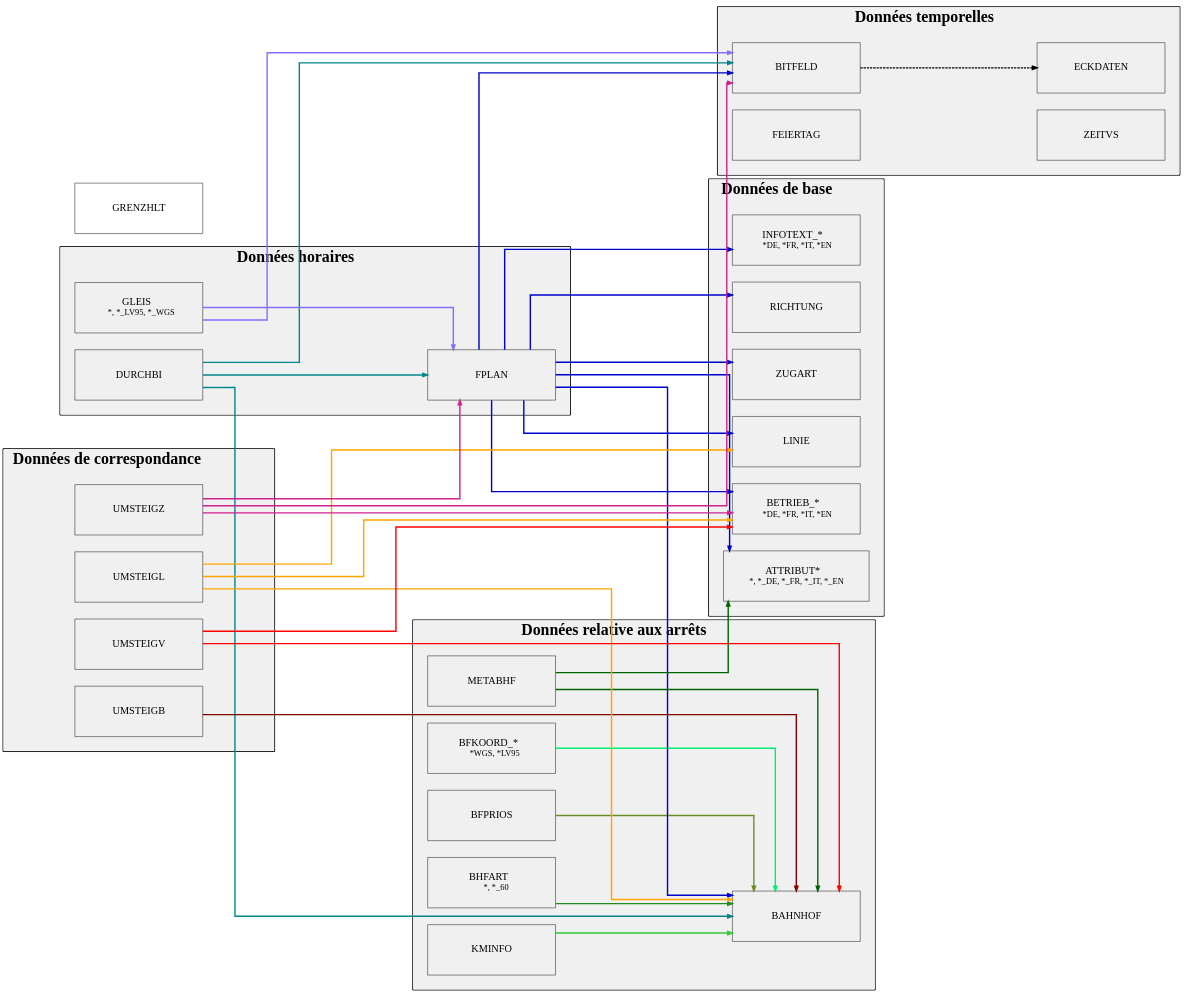
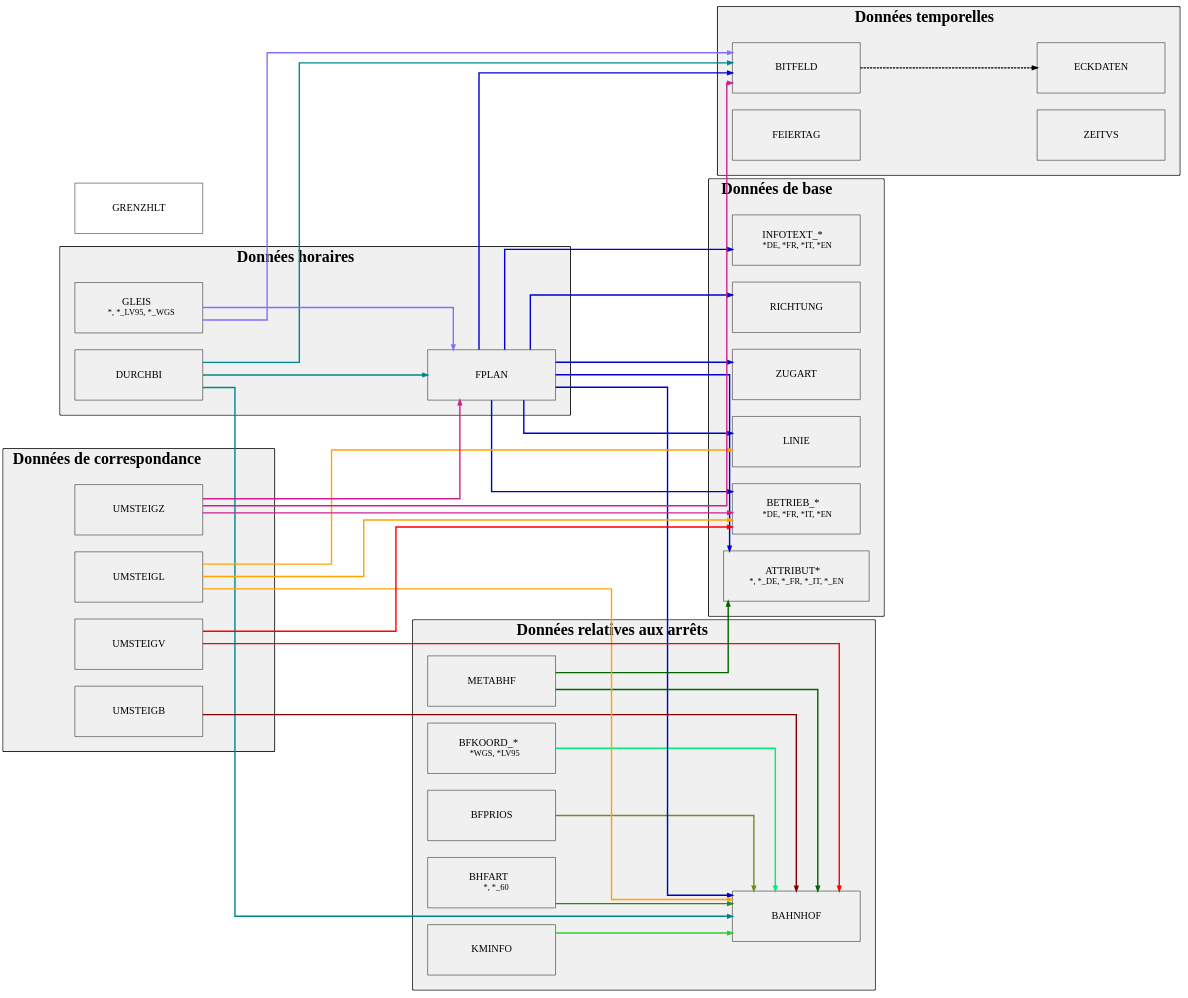
The diagram in HRDF.gv (florianburgener/hrdf-parser), drawn with Graphviz before and after one commit.

```diff
--- a/HRDF.gv
+++ b/HRDF.gv
@@ -140,7 +140,7 @@
         subgraph cluster_4 {
             color=gray94
             fontsize=34
-            label=< <B>Données relative aux arrêts</B> >
+            label=< <B>Données relatives aux arrêts</B> >
             margin=30
             style=filled
 
```
